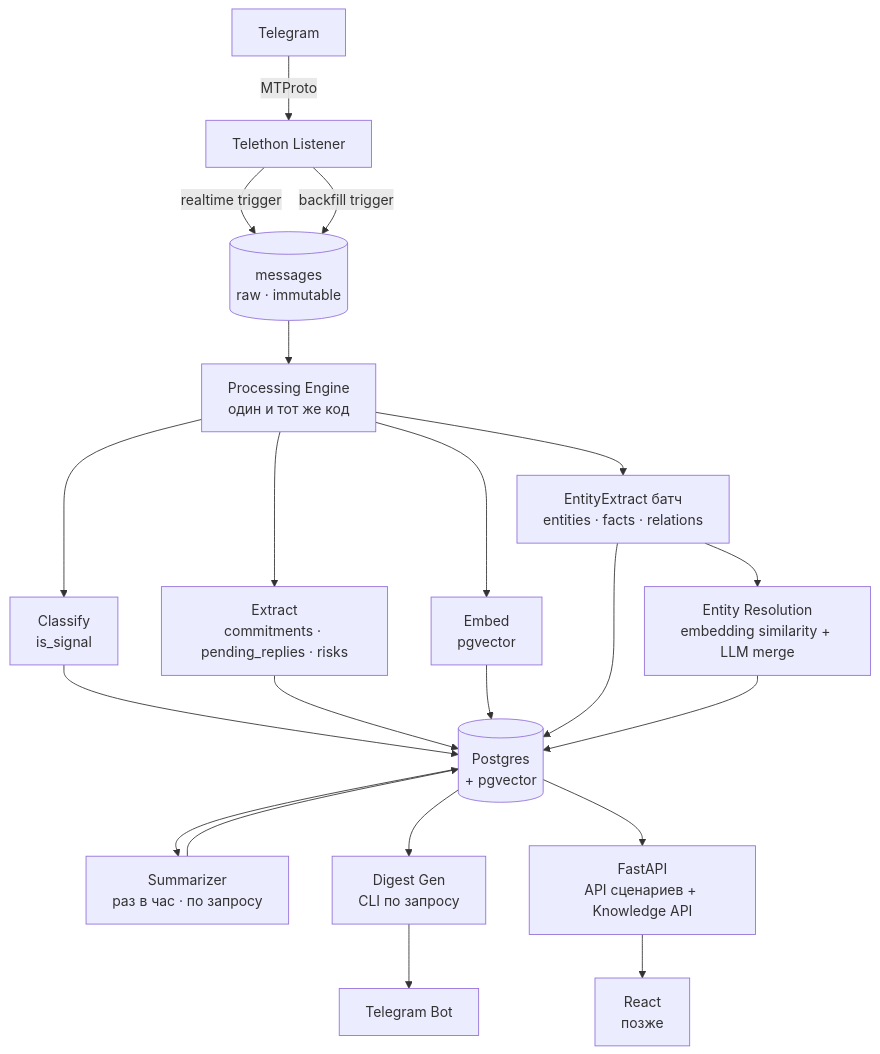
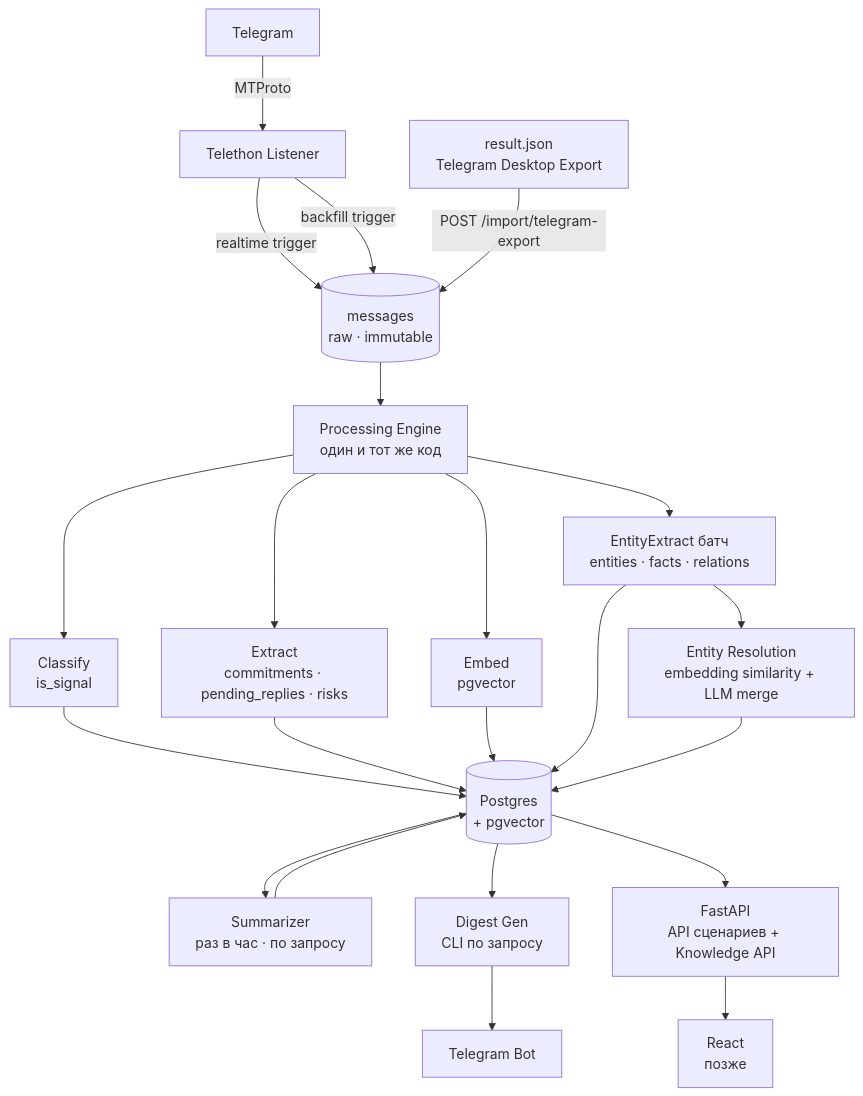
The diagram in docs/architecture.md (potapov-me/ReplyRadar), drawn with Mermaid before and after one commit. The commit also changed other lines of this file and 5 other files, not shown here.

````diff
--- a/docs/architecture.md
+++ b/docs/architecture.md
@@ -15,31 +15,33 @@
 ```mermaid
 flowchart TD
     TG[Telegram]
     LIS[Telethon Listener]
+    EXP[result.json\nTelegram Desktop Export]
     MSG[(messages\nraw · immutable)]
 
     TG -->|MTProto| LIS
     LIS -->|realtime trigger| MSG
     LIS -->|backfill trigger| MSG
+    EXP -->|POST /import/telegram-export| MSG
 
     MSG --> PE[Processing Engine\nодин и тот же код]
 
     PE --> CL[Classify\nis_signal]
     PE --> EX[Extract\ncommitments · pending_replies · risks]
     PE --> EM[Embed\npgvector]
     PE --> ENT[EntityExtract батч\nentities · facts · relations]
 
     CL & EX & EM & ENT --> DB[(Postgres\n+ pgvector)]
 
     ENT --> ER[Entity Resolution\nembedding similarity + LLM merge]
     ER --> DB
 
     DB --> SUM[Summarizer\nраз в час · по запросу]
     SUM --> DB
 
     DB --> DG[Digest Gen\nCLI по запросу]
     DB --> API[FastAPI\nAPI сценариев + Knowledge API]
 
     DG --> BOT[Telegram Bot]
     API --> UI[React\nпозже]
 ```
````
